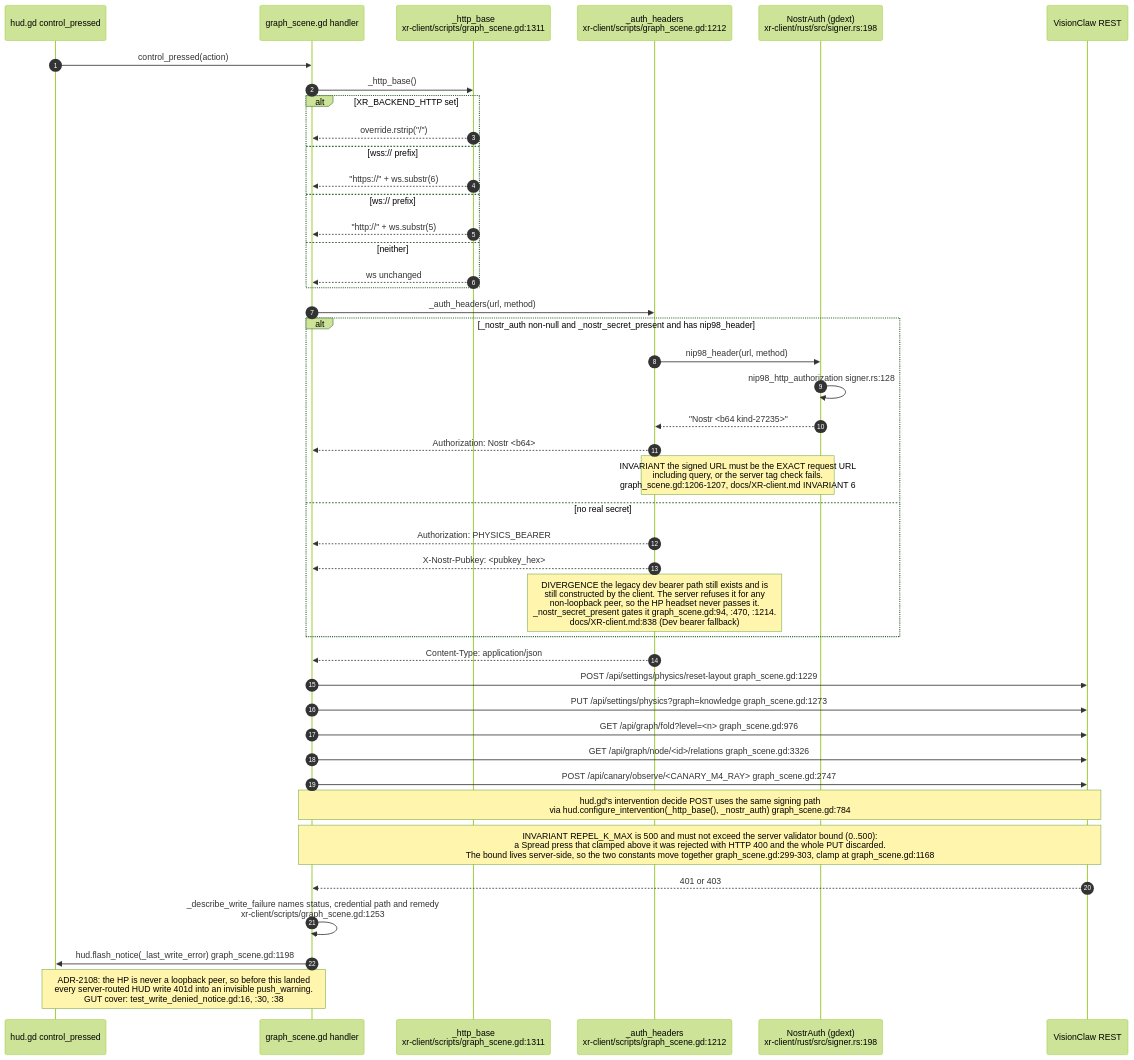
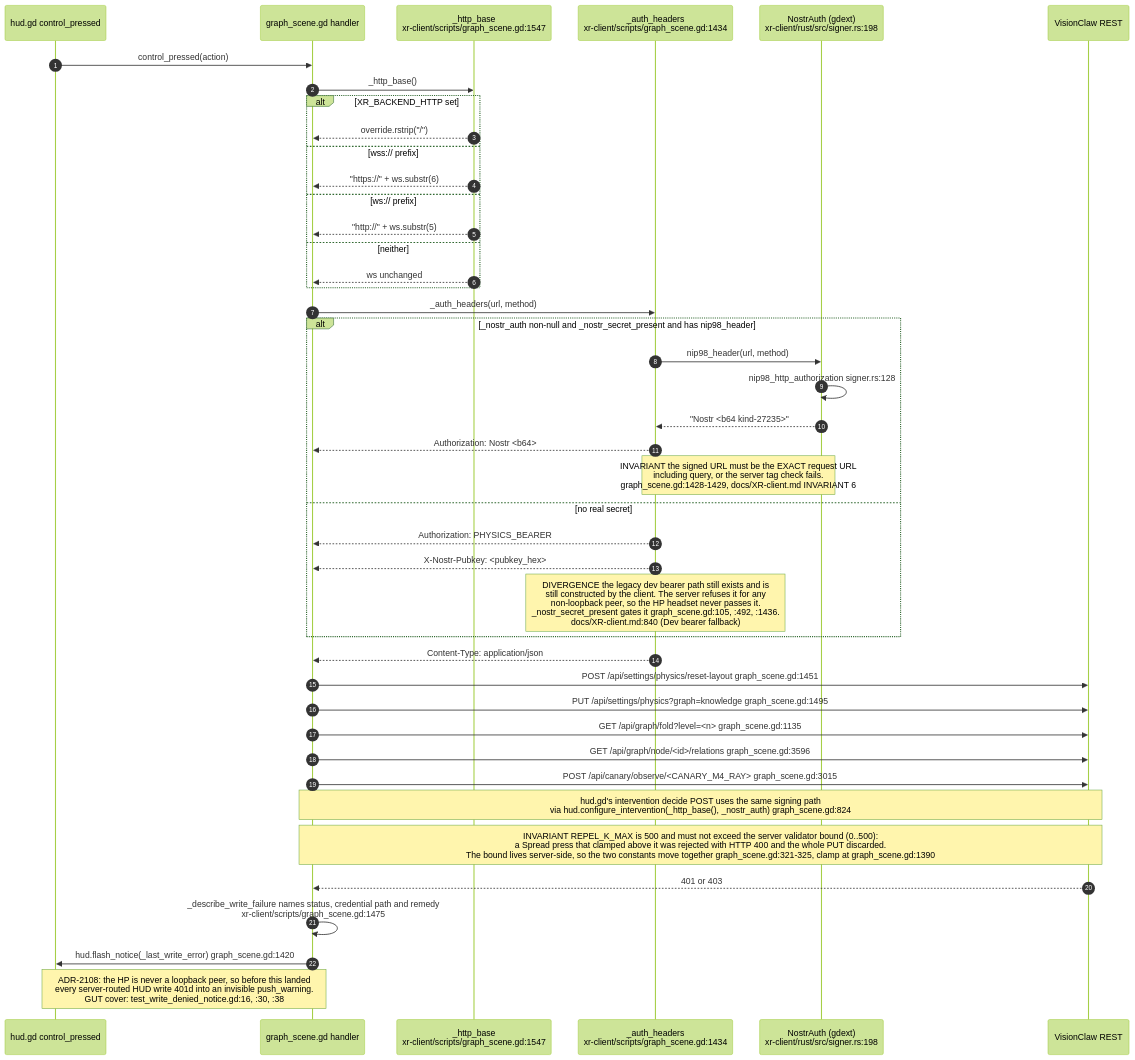
Diagram 11 of 27 in docs/diagrams/visionclaw/36-godot-xr-client.md (DreamLab-AI/VisionFlow), drawn with Mermaid (forest theme) before and after one commit. The commit also changed other lines of this file and 160 other files, not shown here.

````diff
--- a/docs/diagrams/visionclaw/36-godot-xr-client.md
+++ b/docs/diagrams/visionclaw/36-godot-xr-client.md
@@ -561,46 +563,46 @@
 ```mermaid
 sequenceDiagram
     autonumber
     participant HD as hud.gd control_pressed
     participant GS as graph_scene.gd handler
-    participant HB as _http_base<br/>xr-client/scripts/graph_scene.gd:1311
-    participant AH as _auth_headers<br/>xr-client/scripts/graph_scene.gd:1212
+    participant HB as _http_base<br/>xr-client/scripts/graph_scene.gd:1547
+    participant AH as _auth_headers<br/>xr-client/scripts/graph_scene.gd:1434
     participant NA as NostrAuth (gdext)<br/>xr-client/rust/src/signer.rs:198
     participant SV as VisionClaw REST
 
     HD->>GS: control_pressed(action)
     GS->>HB: _http_base()
     alt XR_BACKEND_HTTP set
         HB-->>GS: override.rstrip("/")
     else wss:// prefix
         HB-->>GS: "https://" + ws.substr(6)
     else ws:// prefix
         HB-->>GS: "http://" + ws.substr(5)
     else neither
         HB-->>GS: ws unchanged
     end
     GS->>AH: _auth_headers(url, method)
     alt _nostr_auth non-null and _nostr_secret_present and has nip98_header
         AH->>NA: nip98_header(url, method)
         NA->>NA: nip98_http_authorization signer.rs:128
         NA-->>AH: "Nostr <b64 kind-27235>"
         AH-->>GS: Authorization: Nostr <b64>
-        Note over AH,NA: INVARIANT the signed URL must be the EXACT request URL<br/>including query, or the server tag check fails.<br/>graph_scene.gd:1206-1207, docs/XR-client.md INVARIANT 6
+        Note over AH,NA: INVARIANT the signed URL must be the EXACT request URL<br/>including query, or the server tag check fails.<br/>graph_scene.gd:1428-1429, docs/XR-client.md INVARIANT 6
     else no real secret
         AH-->>GS: Authorization: PHYSICS_BEARER
         AH-->>GS: X-Nostr-Pubkey: <pubkey_hex>
-        Note over AH: DIVERGENCE the legacy dev bearer path still exists and is<br/>still constructed by the client. The server refuses it for any<br/>non-loopback peer, so the HP headset never passes it.<br/>_nostr_secret_present gates it graph_scene.gd:94, :470, :1214.<br/>docs/XR-client.md:838 (Dev bearer fallback)
+        Note over AH: DIVERGENCE the legacy dev bearer path still exists and is<br/>still constructed by the client. The server refuses it for any<br/>non-loopback peer, so the HP headset never passes it.<br/>_nostr_secret_present gates it graph_scene.gd:105, :492, :1436.<br/>docs/XR-client.md:840 (Dev bearer fallback)
     end
     AH-->>GS: Content-Type: application/json
-    GS->>SV: POST /api/settings/physics/reset-layout graph_scene.gd:1229
-    GS->>SV: PUT /api/settings/physics?graph=knowledge graph_scene.gd:1273
-    GS->>SV: GET /api/graph/fold?level=<n> graph_scene.gd:976
-    GS->>SV: GET /api/graph/node/<id>/relations graph_scene.gd:3326
-    GS->>SV: POST /api/canary/observe/<CANARY_M4_RAY> graph_scene.gd:2747
-    Note over GS,SV: hud.gd's intervention decide POST uses the same signing path<br/>via hud.configure_intervention(_http_base(), _nostr_auth) graph_scene.gd:784
-    Note over GS,SV: INVARIANT REPEL_K_MAX is 500 and must not exceed the server validator bound (0..500):<br/>a Spread press that clamped above it was rejected with HTTP 400 and the whole PUT discarded.<br/>The bound lives server-side, so the two constants move together graph_scene.gd:299-303, clamp at graph_scene.gd:1168
+    GS->>SV: POST /api/settings/physics/reset-layout graph_scene.gd:1451
+    GS->>SV: PUT /api/settings/physics?graph=knowledge graph_scene.gd:1495
+    GS->>SV: GET /api/graph/fold?level=<n> graph_scene.gd:1135
+    GS->>SV: GET /api/graph/node/<id>/relations graph_scene.gd:3596
+    GS->>SV: POST /api/canary/observe/<CANARY_M4_RAY> graph_scene.gd:3015
+    Note over GS,SV: hud.gd's intervention decide POST uses the same signing path<br/>via hud.configure_intervention(_http_base(), _nostr_auth) graph_scene.gd:824
+    Note over GS,SV: INVARIANT REPEL_K_MAX is 500 and must not exceed the server validator bound (0..500):<br/>a Spread press that clamped above it was rejected with HTTP 400 and the whole PUT discarded.<br/>The bound lives server-side, so the two constants move together graph_scene.gd:321-325, clamp at graph_scene.gd:1390
     SV-->>GS: 401 or 403
-    GS->>GS: _describe_write_failure names status, credential path and remedy<br/>xr-client/scripts/graph_scene.gd:1253
-    GS->>HD: hud.flash_notice(_last_write_error) graph_scene.gd:1198
+    GS->>GS: _describe_write_failure names status, credential path and remedy<br/>xr-client/scripts/graph_scene.gd:1475
+    GS->>HD: hud.flash_notice(_last_write_error) graph_scene.gd:1420
     Note over GS,HD: ADR-2108: the HP is never a loopback peer, so before this landed<br/>every server-routed HUD write 401d into an invisible push_warning.<br/>GUT cover: test_write_denied_notice.gd:16, :30, :38
 ```
````
